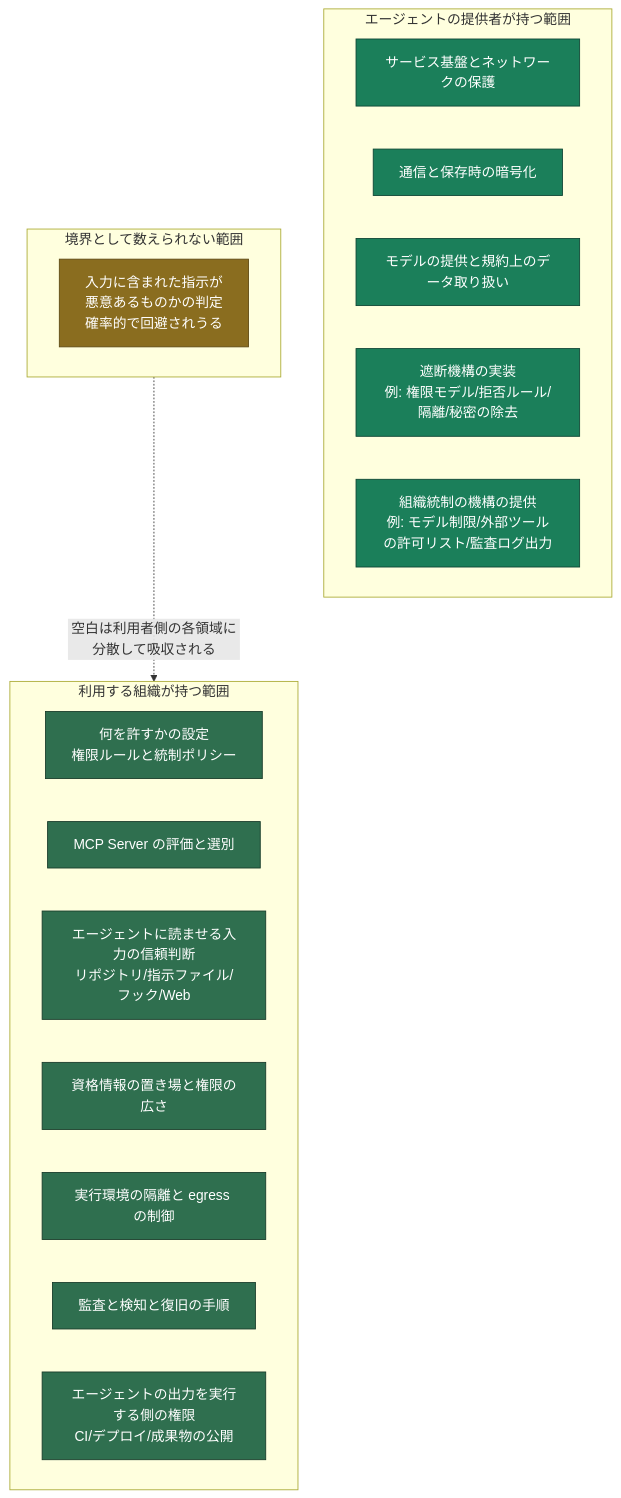
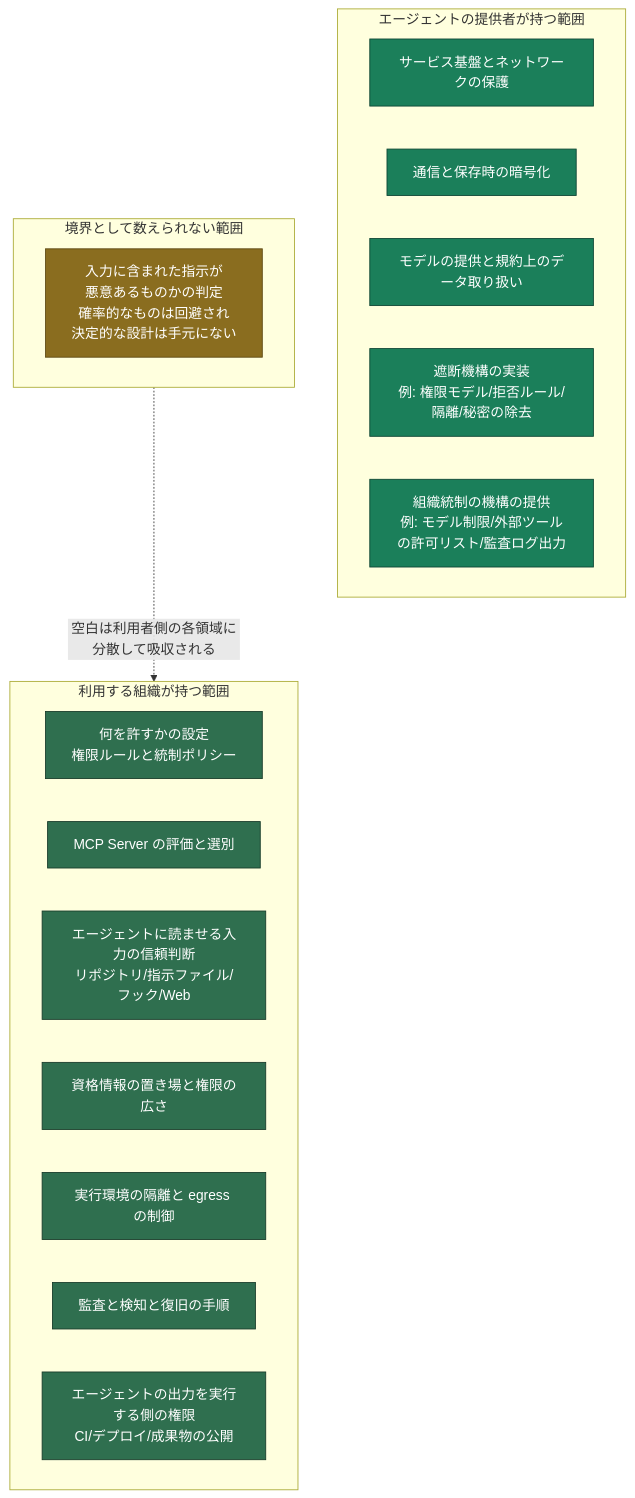
The second of 3 diagrams in articles/0f467b2807e1fc.md (littlemex/zenn), drawn with Mermaid before and after one commit. The commit also changed other lines of this file, not shown here.

````diff
--- a/articles/0f467b2807e1fc.md
+++ b/articles/0f467b2807e1fc.md
@@ -127,33 +129,33 @@
 ```mermaid
 graph TB
     subgraph PROVIDER["エージェントの提供者が持つ範囲"]
         A1[サービス基盤とネットワークの保護]
         A2[通信と保存時の暗号化]
         A3[モデルの提供と規約上のデータ取り扱い]
         A4[遮断機構の実装<br/>例: 権限モデル/拒否ルール/隔離/秘密の除去]
         A5[組織統制の機構の提供<br/>例: モデル制限/外部ツールの許可リスト/監査ログ出力]
     end
 
     subgraph GAP["境界として数えられない範囲"]
-        G1[入力に含まれた指示が<br/>悪意あるものかの判定<br/>確率的で回避されうる]
+        G1[入力に含まれた指示が<br/>悪意あるものかの判定<br/>確率的なものは回避され<br/>決定的な設計は手元にない]
     end
 
     subgraph CUST["利用する組織が持つ範囲"]
         C1[何を許すかの設定<br/>権限ルールと統制ポリシー]
         C2[MCP Server の評価と選別]
         C3[エージェントに読ませる入力の信頼判断<br/>リポジトリ/指示ファイル/フック/Web]
         C4[資格情報の置き場と権限の広さ]
         C5[実行環境の隔離と egress の制御]
         C6[監査と検知と復旧の手順]
         C7[エージェントの出力を実行する側の権限<br/>CI/デプロイ/成果物の公開]
     end
 
     GAP -.->|空白は利用者側の各領域に分散して吸収される| CUST
 
     classDef provider fill:#1b7f5a,stroke:#0d4433,color:#ffffff
     classDef gap fill:#8a6d1f,stroke:#5c4813,color:#ffffff
     classDef cust fill:#2f6f4f,stroke:#173a29,color:#ffffff
     class A1,A2,A3,A4,A5 provider
     class G1 gap
     class C1,C2,C3,C4,C5,C6,C7 cust
 ```
````
